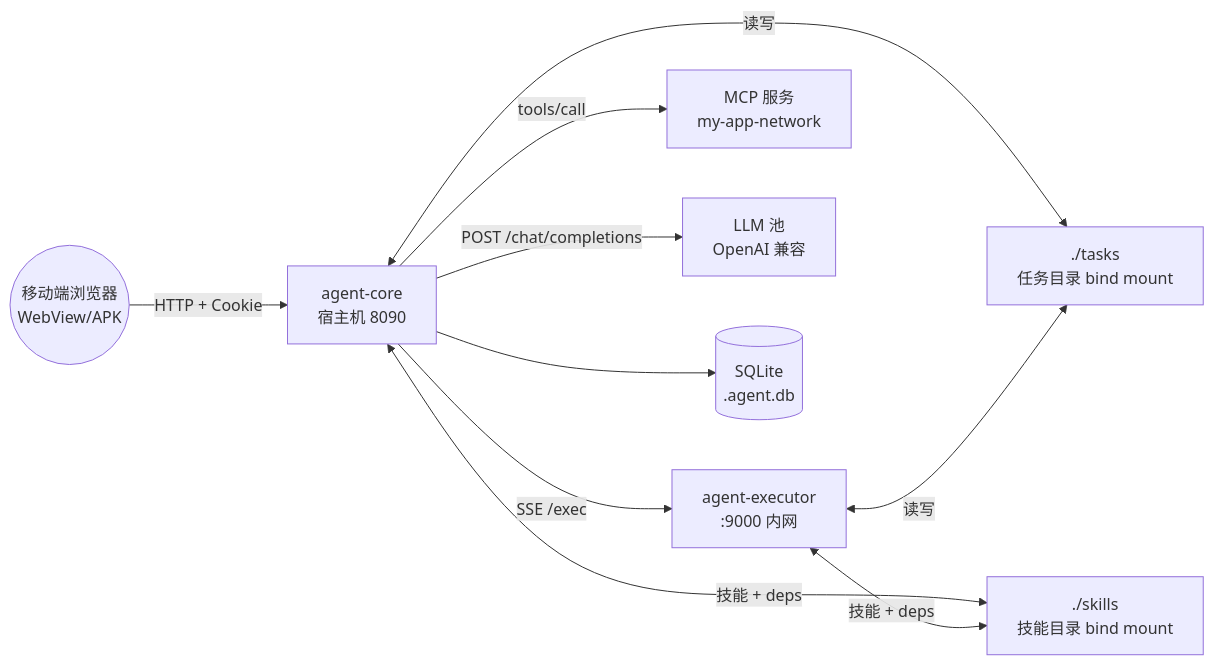
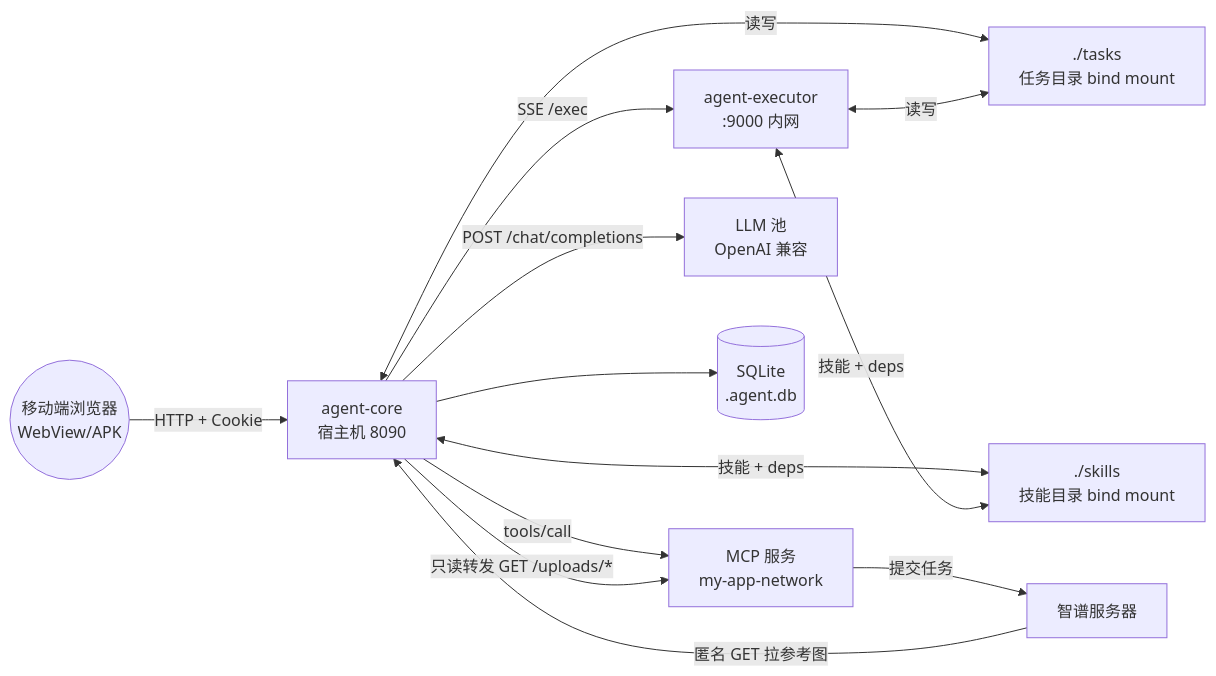
The first of 5 diagrams in docs/ARCHITECTURE.md (kicer/agent), drawn with Mermaid before and after one commit. The commit also changed other lines of this file and 5 other files, not shown here.

First line of the commit message:
部署：合并为单网络 + 新增 /mcp-uploads 公网只读中转（对外只开一个端口）

````diff
--- a/docs/ARCHITECTURE.md
+++ b/docs/ARCHITECTURE.md
@@ -84,21 +85,25 @@
 ```mermaid
 graph LR
     Browser((移动端浏览器<br/>WebView/APK))
     Core[agent-core<br/>宿主机 8090]
     Exec[agent-executor<br/>:9000 内网]
     MCP[MCP 服务<br/>my-app-network]
+    Zhipu[智谱服务器]
     LLM[LLM 池<br/>OpenAI 兼容]
     Tasks[./tasks<br/>任务目录 bind mount]
     Skills[./skills<br/>技能目录 bind mount]
     DB[(SQLite<br/>.agent.db)]
 
     Browser -->|HTTP + Cookie| Core
     Core -->|SSE /exec| Exec
     Core -->|POST /chat/completions| LLM
     Core -->|tools/call| MCP
+    MCP -->|提交任务| Zhipu
+    Zhipu -->|匿名 GET 拉参考图| Core
+    Core -->|只读转发 GET /uploads/*| MCP
     Core <-->|读写| Tasks
     Exec <-->|读写| Tasks
     Core <-->|技能 + deps| Skills
     Exec <-->|技能 + deps| Skills
     Core --> DB
 ```
````
